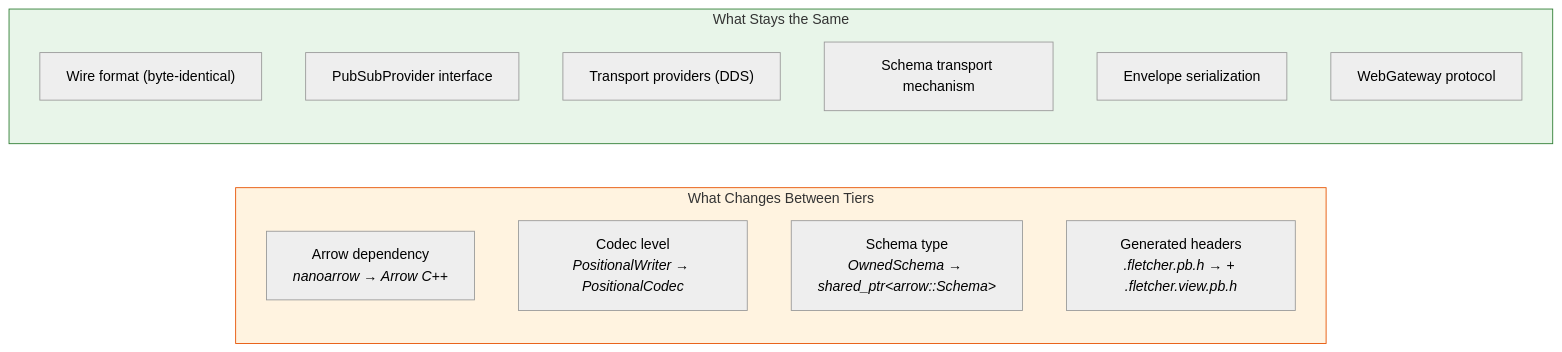
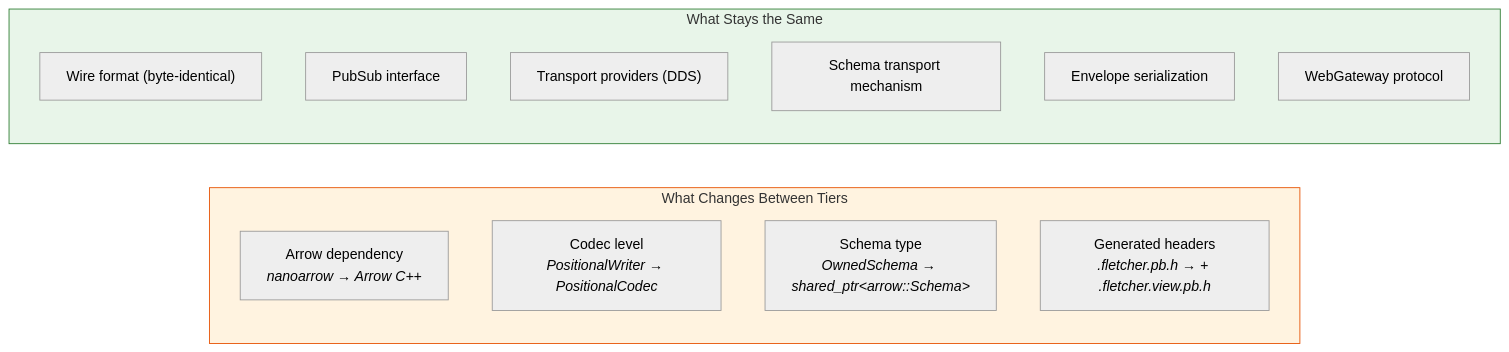
Before and after one commit to eivacom/Fletcher: the fourth of 5 diagrams in docs/component-diagram.md, drawn with Mermaid (neutral theme). The commit also changed other lines of this file and 23 other files, not shown here.

````diff
--- a/docs/component-diagram.md
+++ b/docs/component-diagram.md
@@ -147,23 +147,23 @@
 ```mermaid
 graph LR
     subgraph config ["What Changes Between Tiers"]
         direction TB
         C1["Arrow dependency<br/><i>nanoarrow → Arrow C++</i>"]
         C2["Codec level<br/><i>PositionalWriter → PositionalCodec</i>"]
         C3["Schema type<br/><i>OwnedSchema → shared_ptr&lt;arrow::Schema&gt;</i>"]
         C4["Generated headers<br/><i>.fletcher.pb.h → + .fletcher.view.pb.h</i>"]
     end
 
     subgraph invariant ["What Stays the Same"]
         direction TB
         I1["Wire format (byte-identical)"]
-        I2["PubSubProvider interface"]
+        I2["PubSub interface"]
         I3["Transport providers (DDS)"]
         I4["Schema transport mechanism"]
         I5["Envelope serialization"]
         I6["WebGateway protocol"]
     end
 
     style config fill:#fff3e0,stroke:#e65100
     style invariant fill:#e8f5e9,stroke:#2e7d32
 ```
````
